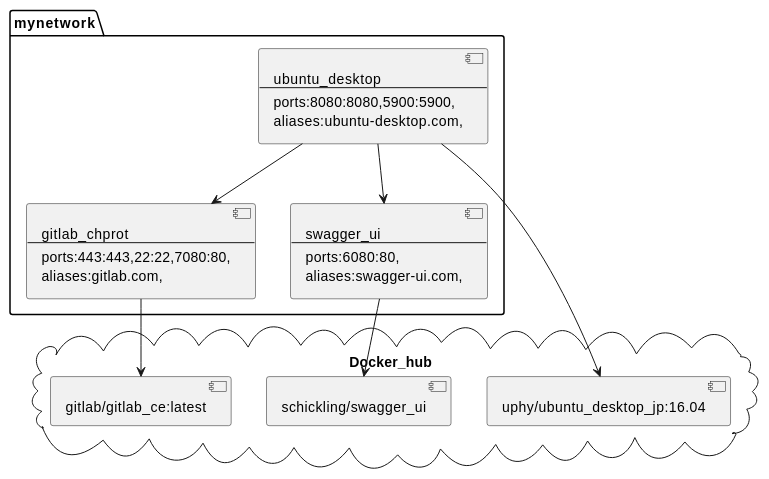
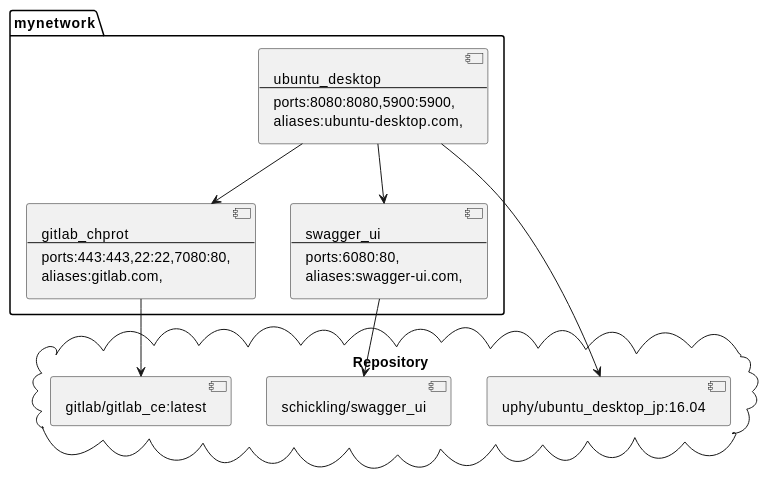
Before and after one commit to tomohiro-noda/docker-uml-converter: the diagram in examples/output.md, drawn with PlantUML. The commit also changed 3 other files, not shown here.

````diff
--- a/examples/output.md
+++ b/examples/output.md
@@ -1,28 +1,28 @@
 ```puml
 package mynetwork {
   component ubuntu_desktop [ubuntu_desktop
----
-ports:8080:8080,5900:5900,
-aliases:ubuntu-desktop.com,
-]
+  ---
+  ports:8080:8080,5900:5900,
+  aliases:ubuntu-desktop.com,
+  ]
   component gitlab_chprot [gitlab_chprot
----
-ports:443:443,22:22,7080:80,
-aliases:gitlab.com,
-]
+  ---
+  ports:443:443,22:22,7080:80,
+  aliases:gitlab.com,
+  ]
   component swagger_ui [swagger_ui
----
-ports:6080:80,
-aliases:swagger-ui.com,
-]
+  ---
+  ports:6080:80,
+  aliases:swagger-ui.com,
+  ]
 }
 
-  [ubuntu_desktop] --> [gitlab_chprot]
-  [ubuntu_desktop] --> [swagger_ui]
+[ubuntu_desktop] --> [gitlab_chprot]
+[ubuntu_desktop] --> [swagger_ui]
 
-cloud Docker_hub {
+cloud Repository {
   [ubuntu_desktop] --> [uphy/ubuntu_desktop_jp:16.04]
   [gitlab_chprot] --> [gitlab/gitlab_ce:latest]
   [swagger_ui] --> [schickling/swagger_ui]
 }
 ```
````
